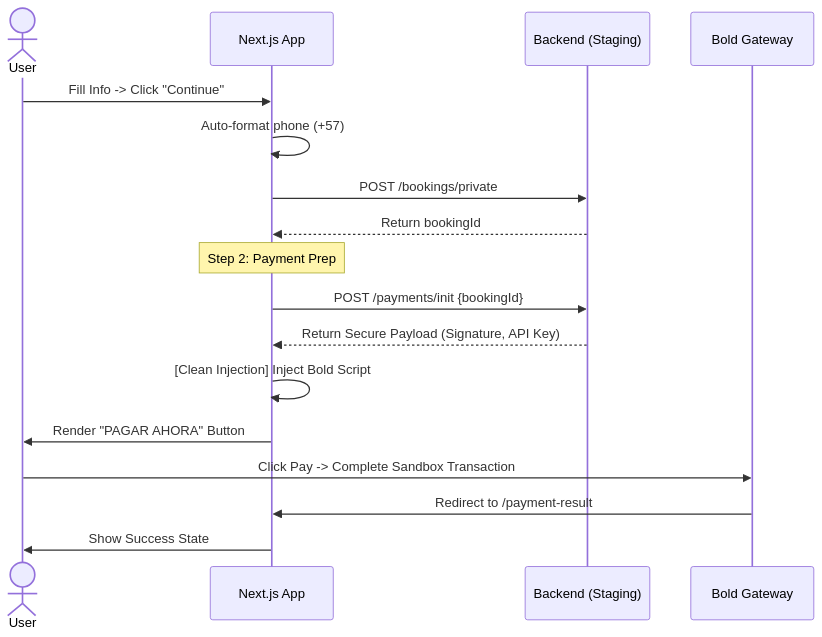
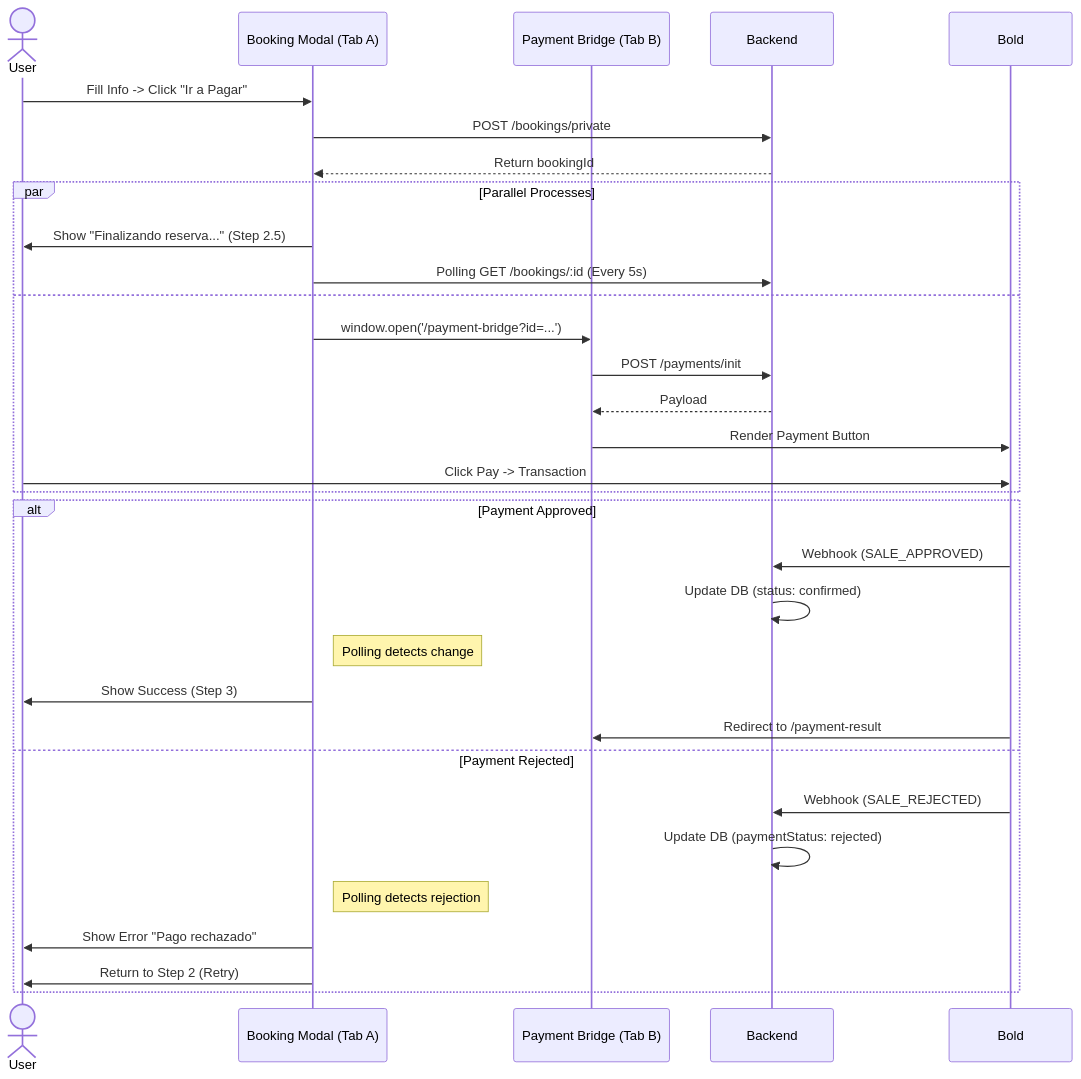
One commit to ChrisBeep98/NEVADOTREK.COM-V3.0-PROYECY changed the diagram in frontend-docs/03-FLOWS.md. Above: the diagram before and after it, drawn with Mermaid. The commit also changed other lines of this file and 3 other files, not shown here.

````diff
--- a/frontend-docs/03-FLOWS.md
+++ b/frontend-docs/03-FLOWS.md
@@ -5,24 +5,40 @@
 ```mermaid
 sequenceDiagram
     actor User
-    participant Frontend as Next.js App
-    participant Backend as Backend (Staging)
-    participant Bold as Bold Gateway
+    participant MainTab as Booking Modal (Tab A)
+    participant Bridge as Payment Bridge (Tab B)
+    participant Backend
+    participant Bold
 
-    User->>Frontend: Fill Info -> Click "Continue"
-    Frontend->>Frontend: Auto-format phone (+57)
-    Frontend->>Backend: POST /bookings/private
-    Backend-->>Frontend: Return bookingId
+    User->>MainTab: Fill Info -> Click "Ir a Pagar"
+    MainTab->>Backend: POST /bookings/private
+    Backend-->>MainTab: Return bookingId
     
-    Note over Frontend: Step 2: Payment Prep
+    par Parallel Processes
+        MainTab->>User: Show "Finalizando reserva..." (Step 2.5)
+        MainTab->>Backend: Polling GET /bookings/:id (Every 5s)
+    and
+        MainTab->>Bridge: window.open('/payment-bridge?id=...')
+        Bridge->>Backend: POST /payments/init
+        Backend-->>Bridge: Payload
+        Bridge->>Bold: Render Payment Button
+        User->>Bold: Click Pay -> Transaction
+    end
     
-    Frontend->>Backend: POST /payments/init {bookingId}
-    Backend-->>Frontend: Return Secure Payload (Signature, API Key)
-    
-    Frontend->>Frontend: [Clean Injection] Inject Bold Script
-    Frontend->>User: Render "PAGAR AHORA" Button
-    
-    User->>Bold: Click Pay -> Complete Sandbox Transaction
-    Bold->>Frontend: Redirect to /payment-result
-    Frontend->>User: Show Success State
+    alt Payment Approved
+        Bold->>Backend: Webhook (SALE_APPROVED)
+        Backend->>Backend: Update DB (status: confirmed)
+        
+        Note right of MainTab: Polling detects change
+        MainTab->>User: Show Success (Step 3)
+        
+        Bold->>Bridge: Redirect to /payment-result
+    else Payment Rejected
+        Bold->>Backend: Webhook (SALE_REJECTED)
+        Backend->>Backend: Update DB (paymentStatus: rejected)
+        
+        Note right of MainTab: Polling detects rejection
+        MainTab->>User: Show Error "Pago rechazado"
+        MainTab->>User: Return to Step 2 (Retry)
+    end
 ```
````
